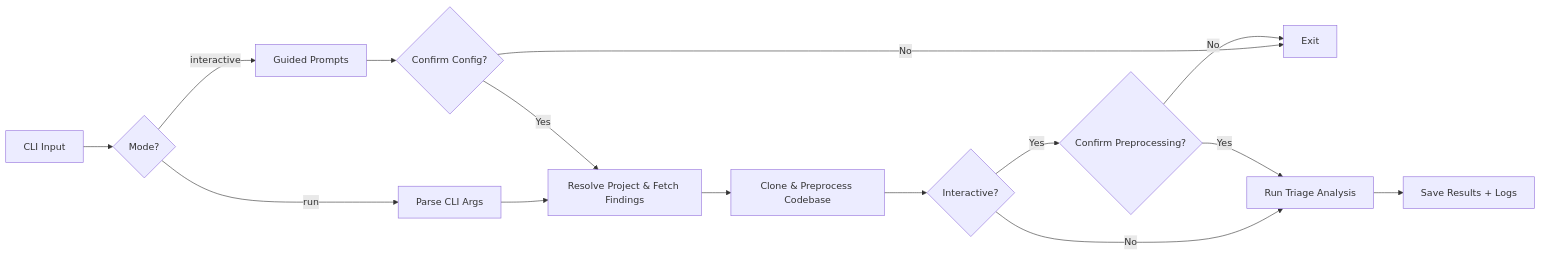
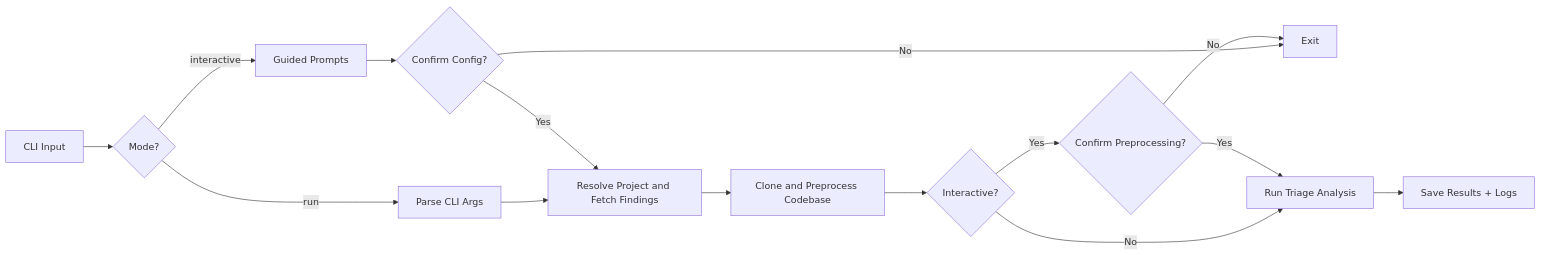
The first of 2 diagrams in docs/architecture.md (random-456/sast-triage-agent), drawn with Mermaid before and after one commit. The commit also changed other lines of this file and 6 other files, not shown here.

First line of the commit message:
docs: refresh shipping docs to reflect the v3 graph-based flow

````diff
--- a/docs/architecture.md
+++ b/docs/architecture.md
@@ -26,15 +29,15 @@
 ```mermaid
 flowchart LR
     A[CLI Input] --> B{Mode?}
     B -->|run| C[Parse CLI Args] --> E
     B -->|interactive| D[Guided Prompts] --> D1{Confirm Config?}
     D1 -->|No| X[Exit]
-    D1 -->|Yes| E[Resolve Project & Fetch Findings]
-    E --> F[Clone & Preprocess Codebase]
+    D1 -->|Yes| E[Resolve Project and Fetch Findings]
+    E --> F[Clone and Preprocess Codebase]
     F --> G{Interactive?}
     G -->|No| I[Run Triage Analysis]
     G -->|Yes| H{Confirm Preprocessing?}
     H -->|No| X
     H -->|Yes| I
     I --> J[Save Results + Logs]
 ```
````
